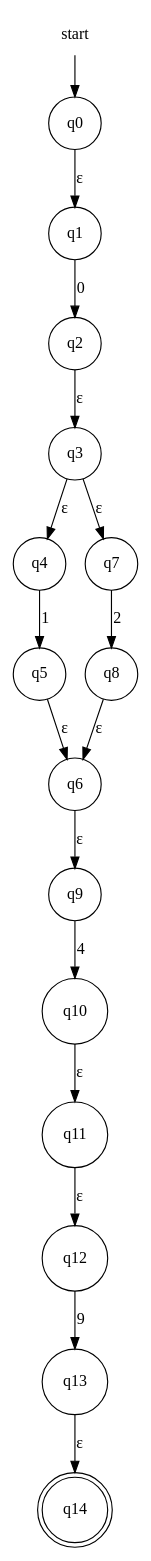
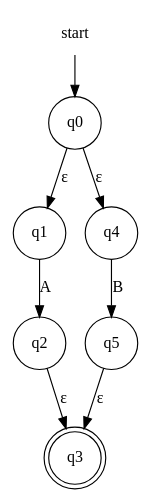
Before and after one commit to evertheylen/TA_TO: the diagram in fase1/RE-eNFA/regex_9.dot, drawn with Graphviz. The commit also changed 22 other files, not shown here.

Commit message:
Regex naar eNFA is nu product quality code, met comments, er is wel 1 conventie voor de input regex nl ==> concateneren moet gebeuren aan de hand van een . git add -A

```diff
--- a/fase1/RE-eNFA/regex_9.dot
+++ b/fase1/RE-eNFA/regex_9.dot
@@ -1,21 +1,12 @@
 digraph automaton {
     node [shape=none]; start;
-    node [shape=doublecircle]; "q14";
+    node [shape=doublecircle]; "q3";
     node [shape=circle];
     start -> "q0";
     "q0" -> "q1" [label="&epsilon;"];
-    "q1" -> "q2" [label="0"];
+    "q0" -> "q4" [label="&epsilon;"];
+    "q1" -> "q2" [label="A"];
     "q2" -> "q3" [label="&epsilon;"];
-    "q3" -> "q4" [label="&epsilon;"];
-    "q3" -> "q7" [label="&epsilon;"];
-    "q4" -> "q5" [label="1"];
-    "q5" -> "q6" [label="&epsilon;"];
-    "q6" -> "q9" [label="&epsilon;"];
-    "q7" -> "q8" [label="2"];
-    "q8" -> "q6" [label="&epsilon;"];
-    "q9" -> "q10" [label="4"];
-    "q10" -> "q11" [label="&epsilon;"];
-    "q11" -> "q12" [label="&epsilon;"];
-    "q12" -> "q13" [label="9"];
-    "q13" -> "q14" [label="&epsilon;"];
+    "q4" -> "q5" [label="B"];
+    "q5" -> "q3" [label="&epsilon;"];
 }
```
